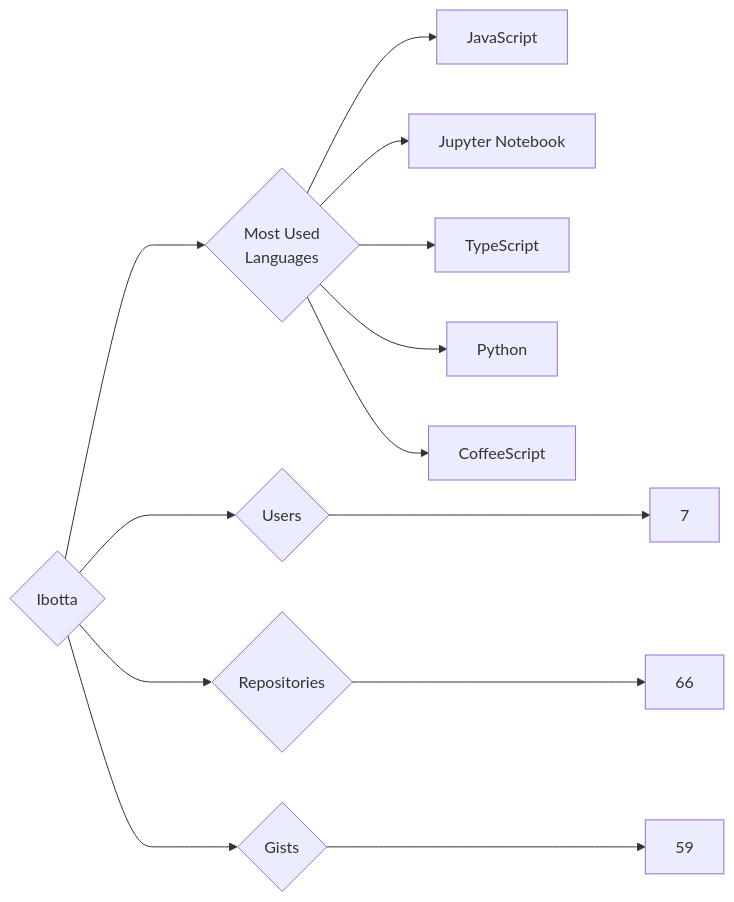
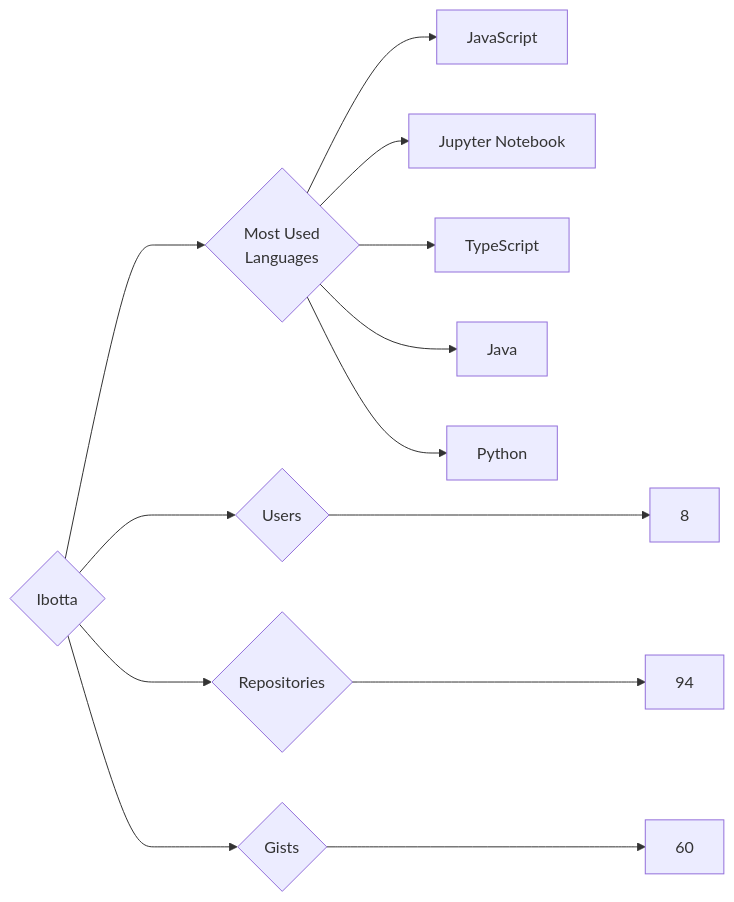
One commit to trickest/insiders changed the diagram in targets/Ibotta/README.md. Above: the diagram before and after it, drawn with Mermaid. The commit also changed 1149 other files, not shown here.

````diff
--- a/targets/Ibotta/README.md
+++ b/targets/Ibotta/README.md
@@ -3,13 +3,13 @@
 ```mermaid
 graph LR
 COMPANY_NAME{Ibotta}
-COMPANY_NAME ---> U{Users} ---> UN[7]
-COMPANY_NAME ---> R{Repositories} ---> RN[66]
-COMPANY_NAME ---> G{Gists} ---> GN[59]
+COMPANY_NAME ---> U{Users} ---> UN[8]
+COMPANY_NAME ---> R{Repositories} ---> RN[94]
+COMPANY_NAME ---> G{Gists} ---> GN[60]
 COMPANY_NAME ---> ML{Most Used<br>Languages}
 ML --> JavaScript[JavaScript]
 ML --> Jupyter_Notebook[Jupyter Notebook]
 ML --> TypeScript[TypeScript]
+ML --> Java[Java]
 ML --> Python[Python]
-ML --> CoffeeScript[CoffeeScript]
 ```
````
